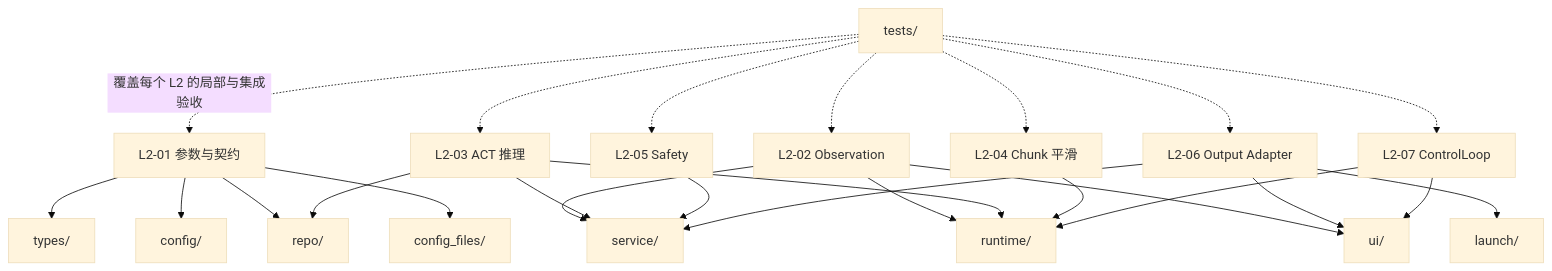
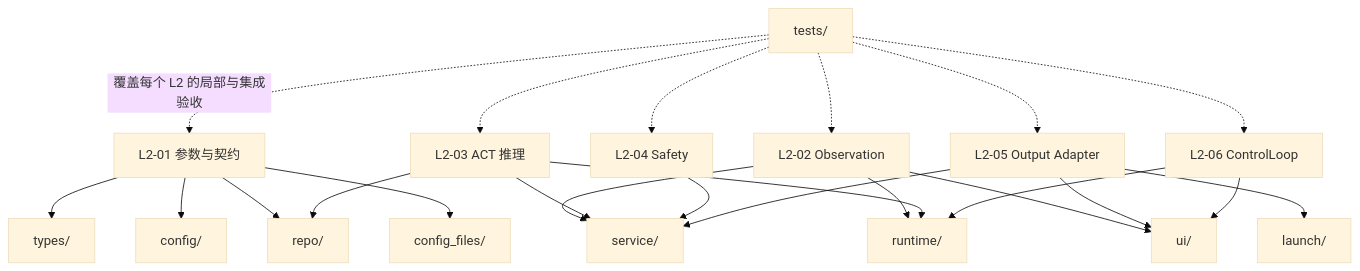
Before and after one commit to jack-z36/ROS: the seventh of 7 diagrams in DOCS/03_工程/阶段四：模型部署/02_implement/02_L1_ACT功能模块协作架构.md, drawn with Mermaid (base theme). The commit also changed other lines of this file and 21 other files, not shown here.

````diff
--- a/DOCS/03_工程/阶段四：模型部署/02_implement/02_L1_ACT功能模块协作架构.md
+++ b/DOCS/03_工程/阶段四：模型部署/02_implement/02_L1_ACT功能模块协作架构.md
@@ -580,33 +519,31 @@
 ```mermaid
 flowchart TB
     L201["L2-01 参数与契约"] --> TYPES["types/"]
     L201 --> CONFIG["config/"]
     L201 --> REPO["repo/"]
     L201 --> CFILES["config_files/"]
 
     L202["L2-02 Observation"] --> SERVICE["service/"]
     L202 --> RUNTIME["runtime/"]
     L202 --> UI["ui/"]
 
     L203["L2-03 ACT 推理"] --> REPO
     L203 --> SERVICE
     L203 --> RUNTIME
 
-    L204["L2-04 Chunk 平滑"] --> RUNTIME
-    L205["L2-05 Safety"] --> SERVICE
+    L204["L2-04 Safety"] --> SERVICE
 
-    L206["L2-06 Output Adapter"] --> UI
-    L206 --> SERVICE
-    L206 --> LAUNCH["launch/"]
+    L205["L2-05 Output Adapter"] --> UI
+    L205 --> SERVICE
+    L205 --> LAUNCH["launch/"]
 
-    L207["L2-07 ControlLoop"] --> RUNTIME
-    L207 --> UI
+    L206["L2-06 ControlLoop"] --> RUNTIME
+    L206 --> UI
 
     TESTS["tests/"] -. 覆盖每个 L2 的局部与集成验收 .-> L201
     TESTS -.-> L202
     TESTS -.-> L203
     TESTS -.-> L204
     TESTS -.-> L205
     TESTS -.-> L206
-    TESTS -.-> L207
 ```
````
